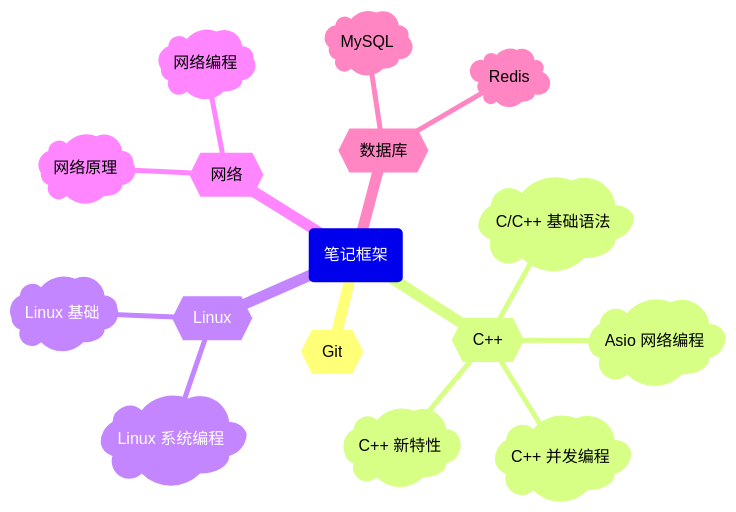
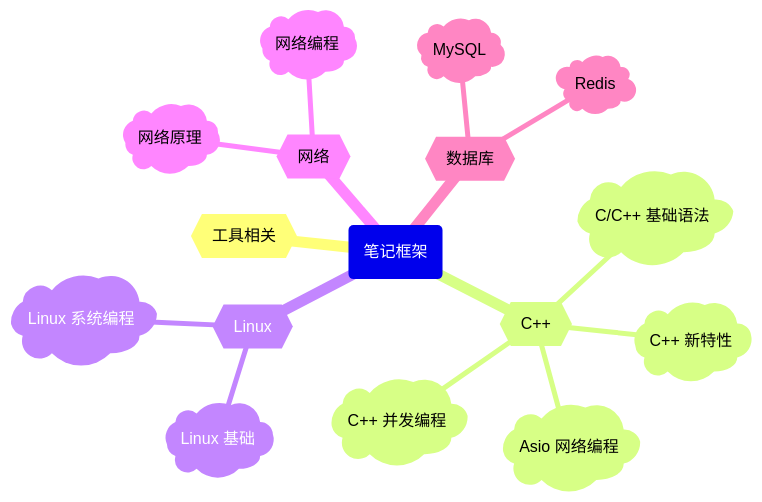
One commit to xjjeffery/notes changed the diagram in docs/index.md. Above: the diagram before and after it, drawn with Mermaid. The commit also changed 46 other files, not shown here.

````diff
--- a/docs/index.md
+++ b/docs/index.md
@@ -70,19 +70,19 @@
 ```mermaid
 mindmap
   root(笔记框架)
-    {{Git}}
+    {{工具相关}}
     {{C++}}
       )C/C++ 基础语法(
       )C++ 新特性(
       )C++ 并发编程(
       )Asio 网络编程(
     {{Linux}}
       )Linux 基础(
       )Linux 系统编程(
     {{网络}}
       )网络原理(
       )网络编程(
     {{数据库}}
       )Redis(
       )MySQL(
 ```
````
